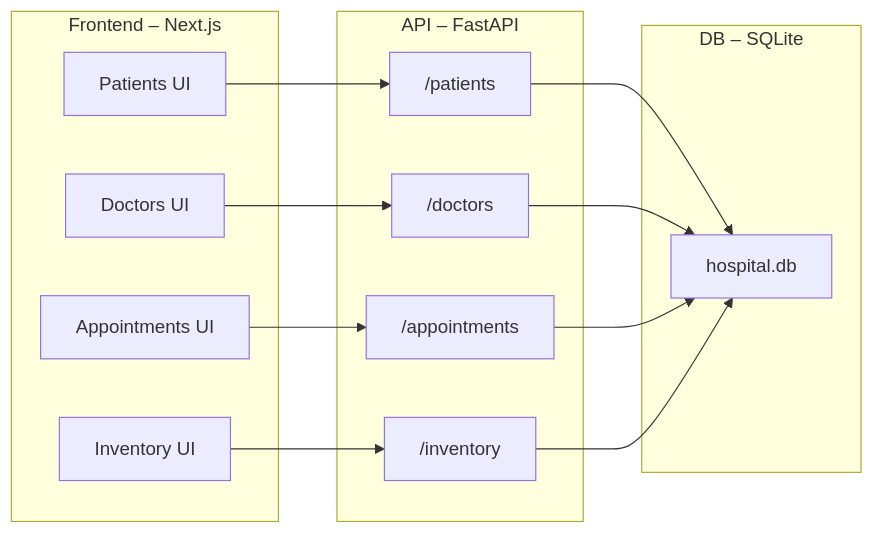
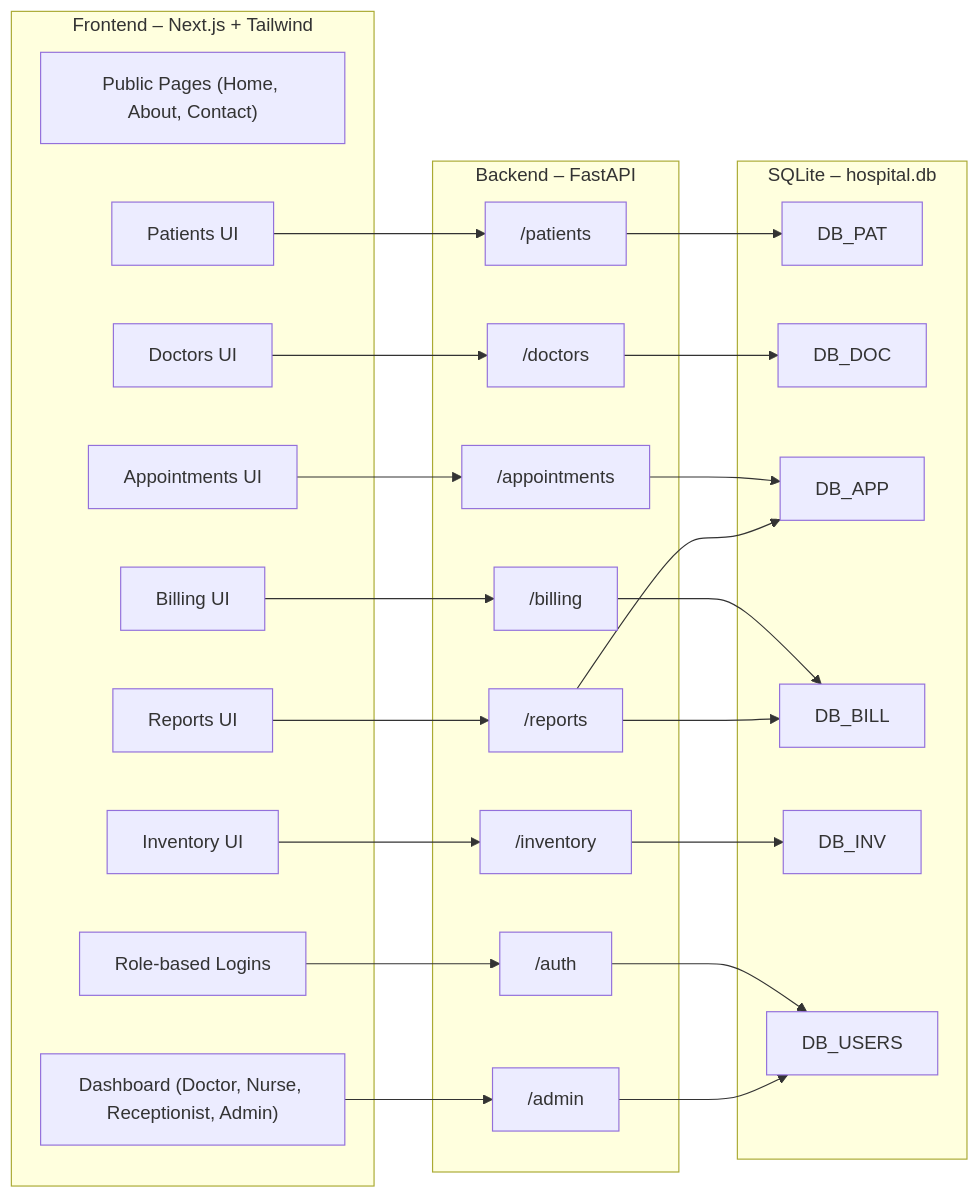
One commit to basedavishkar/vitalit-os changed the diagram in docs/architecture.md. Above: the diagram before and after it, drawn with Mermaid. The commit also changed other lines of this file, not shown here.

````diff
--- a/docs/architecture.md
+++ b/docs/architecture.md
@@ -4,31 +9,48 @@
 ```mermaid
 flowchart LR
 
   %% ---------- Frontend ----------
-  subgraph FE [Frontend – Next.js]
+  subgraph FE [Frontend – Next.js + Tailwind]
+    FE_Home["Public Pages (Home, About, Contact)"]
+    FE_Login["Role-based Logins"]
+    FE_Dash["Dashboard (Doctor, Nurse, Receptionist, Admin)"]
     FE_PAT["Patients UI"]
     FE_DOC["Doctors UI"]
     FE_APP["Appointments UI"]
+    FE_BILL["Billing UI"]
     FE_INV["Inventory UI"]
+    FE_REP["Reports UI"]
   end
 
   %% ---------- Backend API ----------
-  subgraph API [API – FastAPI]
+  subgraph API [Backend – FastAPI]
+    API_AUTH["/auth"]
     API_PAT["/patients"]
     API_DOC["/doctors"]
     API_APP["/appointments"]
+    API_BILL["/billing"]
     API_INV["/inventory"]
+    API_REP["/reports"]
+    API_ADMIN["/admin"]
   end
 
   %% ---------- Database ----------
-  subgraph DB [DB – SQLite]
-    DB_SQLITE["hospital.db"]
+  subgraph DB [SQLite – hospital.db]
+    DB_PAT
+    DB_DOC
+    DB_APP
+    DB_BILL
+    DB_INV
+    DB_USERS
   end
 
   %% ---------- Connections ----------
-  FE_PAT --> API_PAT --> DB_SQLITE
-  FE_DOC --> API_DOC --> DB_SQLITE
-  FE_APP --> API_APP --> DB_SQLITE
-  FE_INV --> API_INV --> DB_SQLITE
-
+  FE_PAT --> API_PAT --> DB_PAT
+  FE_DOC --> API_DOC --> DB_DOC
+  FE_APP --> API_APP --> DB_APP
+  FE_BILL --> API_BILL --> DB_BILL
+  FE_INV --> API_INV --> DB_INV
+  FE_REP --> API_REP --> DB_APP & DB_BILL
+  FE_Login --> API_AUTH --> DB_USERS
+  FE_Dash --> API_ADMIN --> DB_USERS
 ```
````
